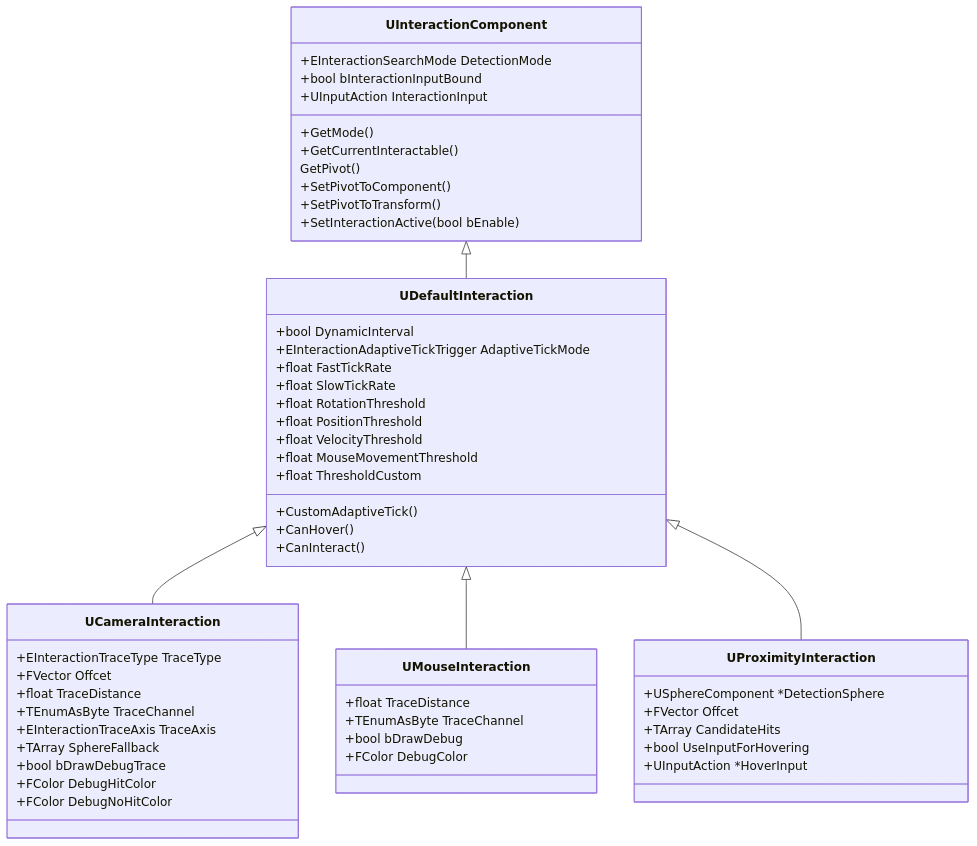
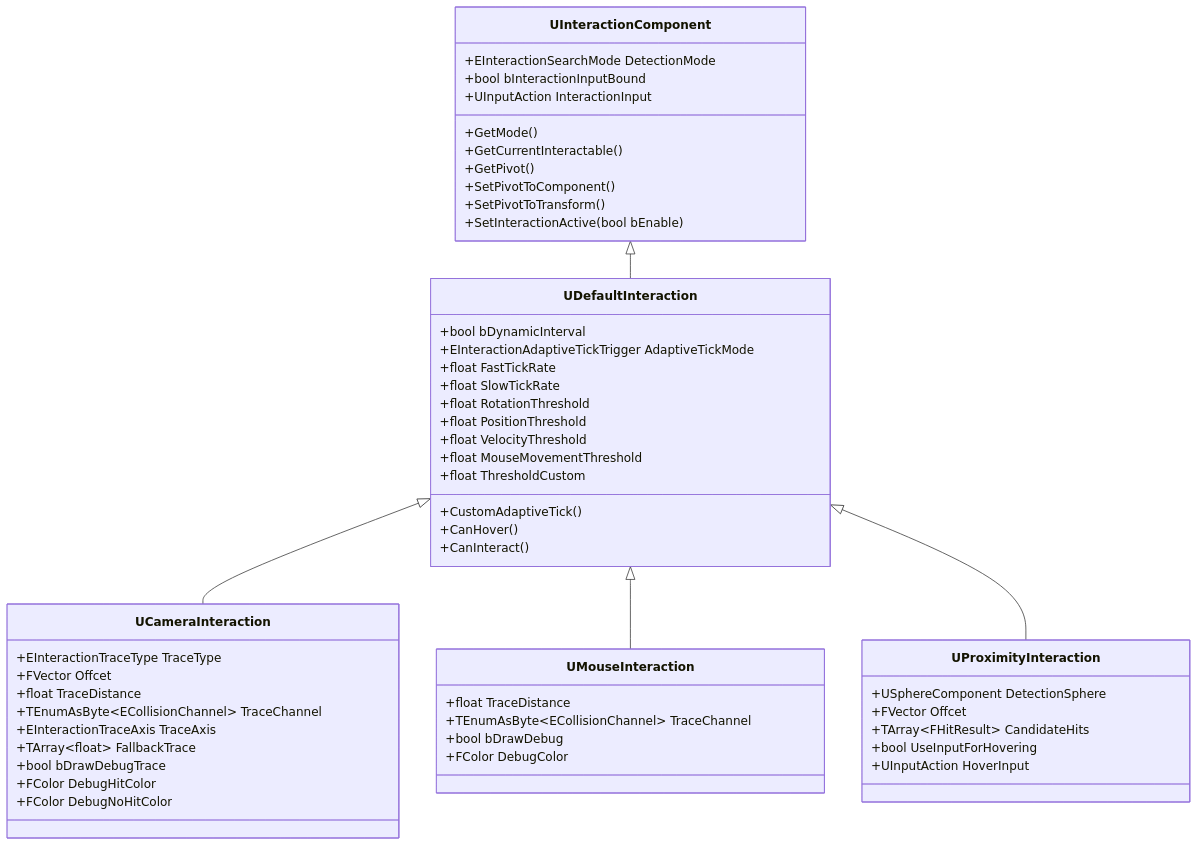
Before and after one commit to AliJimpa/InteractCore: the first of 2 diagrams in README.md, drawn with Mermaid. The commit also changed other lines of this file, not shown here.

````diff
--- a/README.md
+++ b/README.md
@@ -24,56 +29,56 @@
 ```mermaid
 classDiagram
     UInteractionComponent <|-- UDefaultInteraction
     UDefaultInteraction <|-- UCameraInteraction
     UDefaultInteraction <|-- UMouseInteraction
     UDefaultInteraction <|-- UProximityInteraction
     class UInteractionComponent{
         +EInteractionSearchMode DetectionMode
         +bool bInteractionInputBound
         +UInputAction InteractionInput
         +GetMode()
         +GetCurrentInteractable()
-        GetPivot()
+        +GetPivot()
         +SetPivotToComponent()
         +SetPivotToTransform()
         +SetInteractionActive(bool bEnable)
     }
     class UDefaultInteraction{
-        +bool DynamicInterval
+        +bool bDynamicInterval
         +EInteractionAdaptiveTickTrigger AdaptiveTickMode
         +float FastTickRate
         +float SlowTickRate
         +float RotationThreshold
         +float PositionThreshold
         +float VelocityThreshold
         +float MouseMovementThreshold
         +float ThresholdCustom
         +CustomAdaptiveTick()
         +CanHover()
         +CanInteract()
     }
     class UCameraInteraction{
         +EInteractionTraceType TraceType
         +FVector Offcet
         +float TraceDistance
-        +TEnumAsByte<ECollisionChannel> TraceChannel
+        +TEnumAsByte~ECollisionChannel~ TraceChannel
         +EInteractionTraceAxis TraceAxis
-        +TArray<float> SphereFallback
+        +TArray~float~ FallbackTrace
         +bool bDrawDebugTrace
         +FColor DebugHitColor
         +FColor DebugNoHitColor
     }
     class UMouseInteraction{
         +float TraceDistance
-        +TEnumAsByte<ECollisionChannel> TraceChannel
+        +TEnumAsByte~ECollisionChannel~ TraceChannel
         +bool bDrawDebug
         +FColor DebugColor
     }
     class UProximityInteraction{
-        +USphereComponent *DetectionSphere
-        +FVector Offcet 
-        +TArray<FHitResult> CandidateHits
+        +USphereComponent DetectionSphere
+        +FVector Offcet
+        +TArray~FHitResult~ CandidateHits
         +bool UseInputForHovering
-        +UInputAction *HoverInput
+        +UInputAction HoverInput
     }
 ```
````
